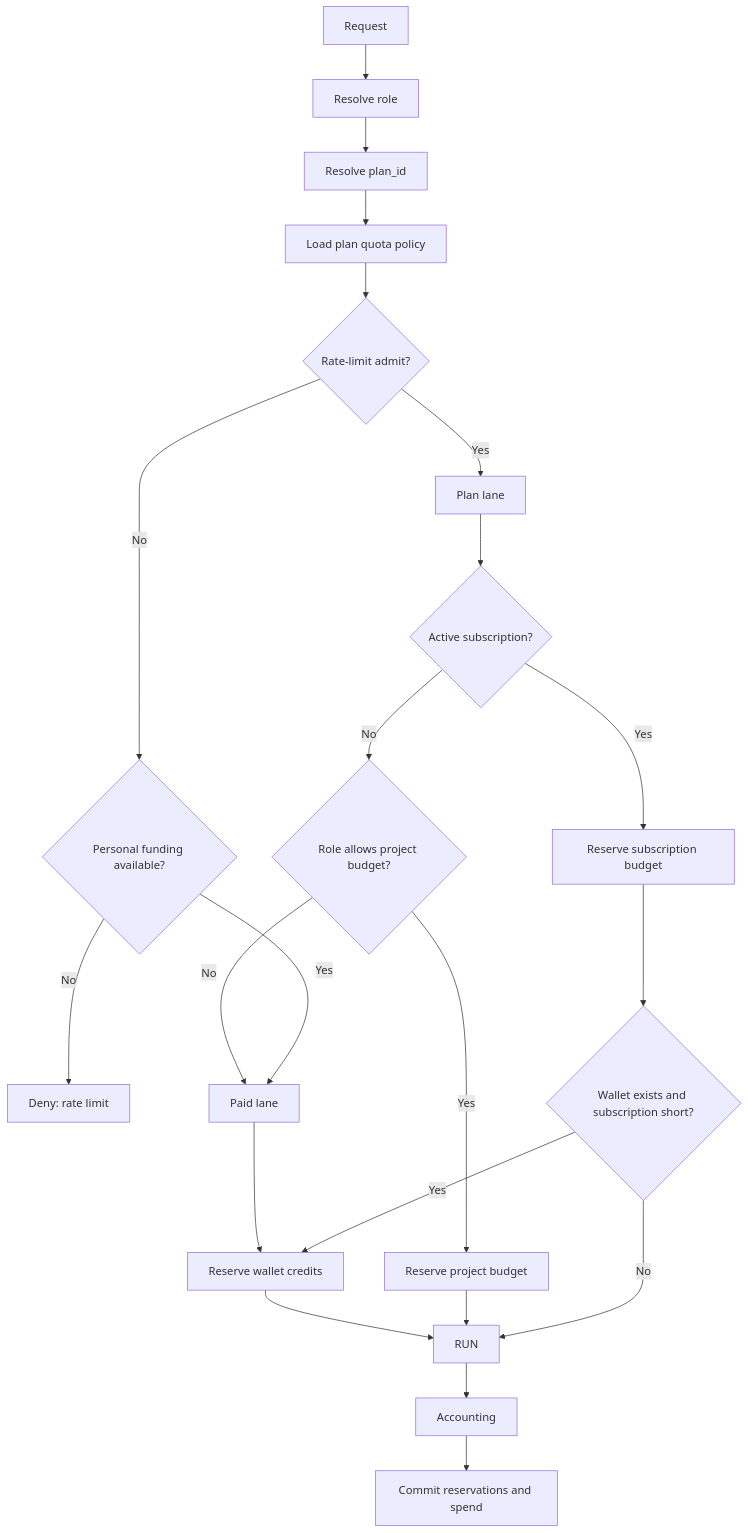
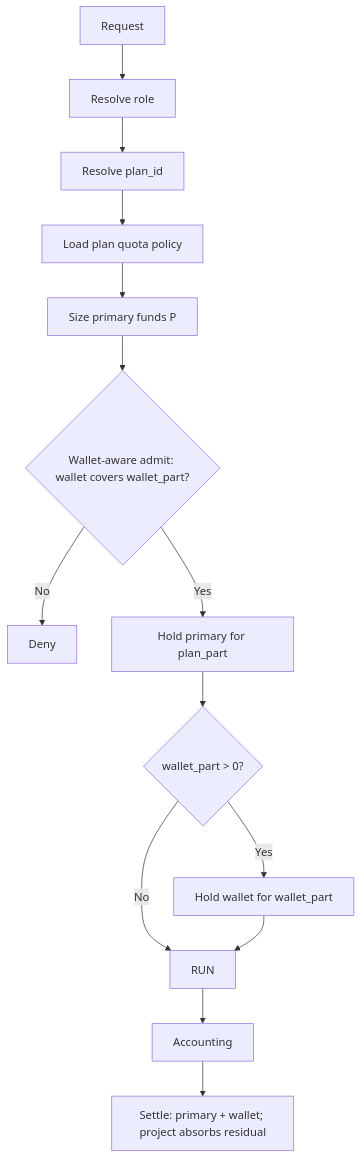
One commit to kdcube/kdcube-ai-app changed the third of 3 diagrams in app/ai-app/docs/economics/economic-README.md. Above: the diagram before and after it, drawn with Mermaid. The commit also changed other lines of this file and 18 other files, not shown here.

First line of the commit message:
refactor(economics): finalize unified funding-split (remove lane machinery)

````diff
--- a/app/ai-app/docs/economics/economic-README.md
+++ b/app/ai-app/docs/economics/economic-README.md
@@ -204,29 +218,17 @@
 ```mermaid
 flowchart TD
   A[Request] --> B[Resolve role]
   B --> C[Resolve plan_id]
   C --> D[Load plan quota policy]
-  D --> E{"Rate‑limit admit?"}
-  E -- No --> F{Personal funding available?}
-  F -- No --> X[Deny: rate limit]
-  F -- Yes --> P1[Paid lane]
-
-  E -- Yes --> T1["Plan lane"]
-
-  T1 --> S{Active subscription?}
-  S -- Yes --> SB[Reserve subscription budget]
-  SB --> W1{Wallet exists and subscription short?}
-  W1 -- Yes --> PW[Reserve wallet overflow]
-  W1 -- No --> RUN
-  S -- No --> R{Role allows project budget?}
-  R -- Yes --> PB[Reserve project budget]
-  R -- No --> P1
-
-  P1 --> PW[Reserve wallet credits]
-
-  PB --> RUN
-  PW --> RUN
+  D --> P[Size primary funds P]
+  P --> AD{"Wallet‑aware admit: wallet covers wallet_part?"}
+  AD -- No --> X[Deny]
+  AD -- Yes --> H1[Hold primary for plan_part]
+  H1 --> H2{wallet_part > 0?}
+  H2 -- Yes --> HW[Hold wallet for wallet_part]
+  H2 -- No --> RUN
+  HW --> RUN
 
   RUN --> ACC[Accounting]
-  ACC --> COMMIT[Commit reservations and spend]
+  ACC --> COMMIT["Settle: primary + wallet; project absorbs residual"]
 ```
````
